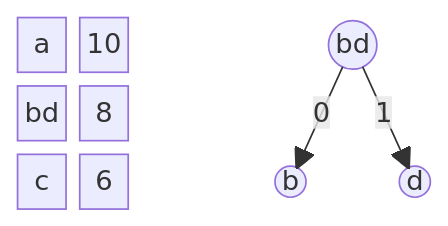
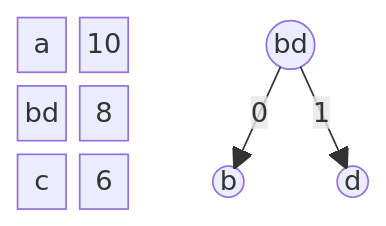
One commit to BenhurUFSM/pod26b changed the second of 6 diagrams in Assuntos/compressao.md. Above: the diagram before and after it, drawn with Mermaid. The commit also changed other lines of this file, not shown here.

````diff
--- a/Assuntos/compressao.md
+++ b/Assuntos/compressao.md
@@ -85,9 +85,9 @@
 ```mermaid
 block
-columns 7
-c1["a"] v1["10"]  space:2 space r(("bd")) space
-c2["bd"] v2["8"]  space:5
-c3["c"] v3["6"]   space:2 re(("b")) space rd(("d"))
+columns 6
+c1["a"] v1["10"]  space:1 space r(("bd")) space
+c2["bd"] v2["8"]  space:4
+c3["c"] v3["6"]   space:1 re(("b")) space rd(("d"))
 r--"0"-->re
 r--"1"-->rd
 ```
````
